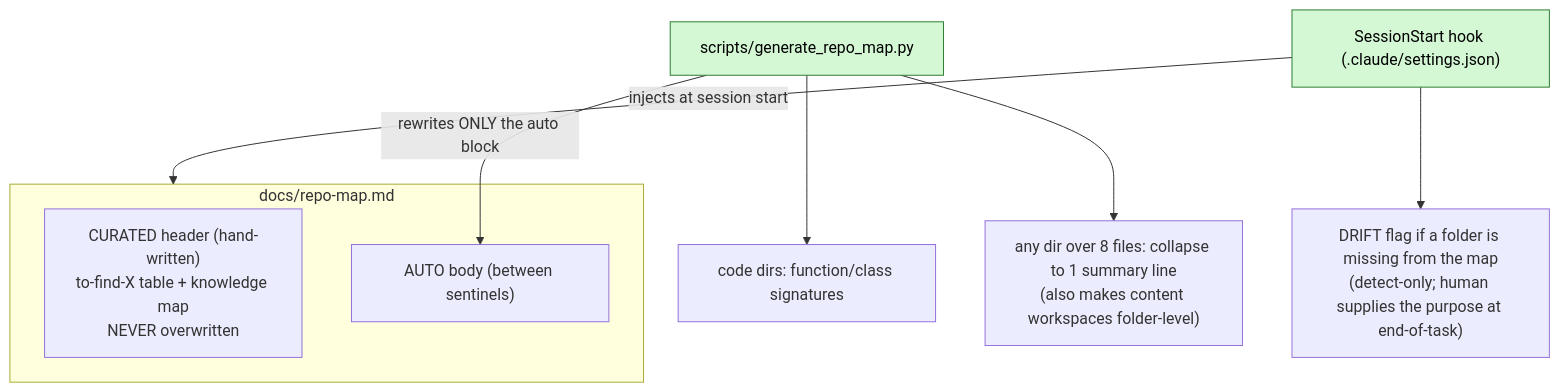
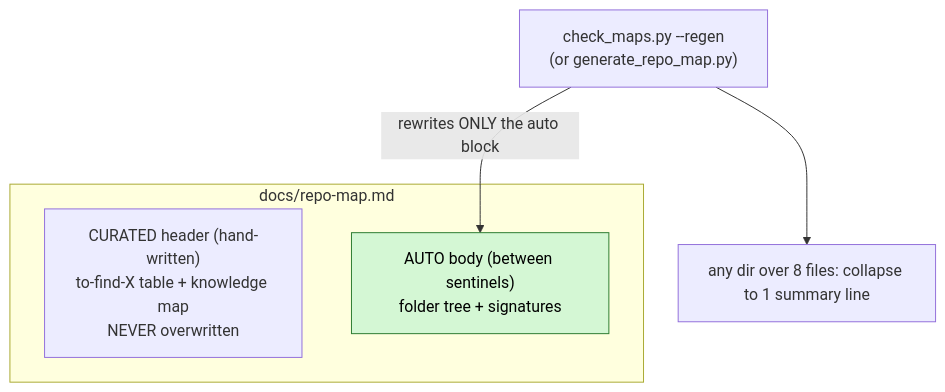
The sixth of 6 diagrams in _my_resources/diagrams_guides/system/file_folder_structure+maintaining.md (sudomadhatter/Sudo_Hatter_Command), drawn with Mermaid before and after one commit. The commit also changed other lines of this file, not shown here.

````diff
--- a/_my_resources/diagrams_guides/system/file_folder_structure+maintaining.md
+++ b/_my_resources/diagrams_guides/system/file_folder_structure+maintaining.md
@@ -121,18 +179,13 @@
 ```mermaid
 flowchart TD
-    GEN["scripts/generate_repo_map.py"]
+    GEN["check_maps.py --regen\n(or generate_repo_map.py)"]
     subgraph MAP ["docs/repo-map.md"]
         CUR["CURATED header (hand-written)\nto-find-X table + knowledge map\nNEVER overwritten"]
-        AUTO["AUTO body (between sentinels)"]
+        AUTO["AUTO body (between sentinels)\nfolder tree + signatures"]
     end
     GEN -->|"rewrites ONLY the auto block"| AUTO
-    GEN --> SIG["code dirs: function/class signatures"]
-    GEN --> COL["any dir over 8 files: collapse to 1 summary line\n(also makes content workspaces folder-level)"]
+    GEN --> COL["any dir over 8 files: collapse to 1 summary line"]
 
-    HOOK["SessionStart hook (.claude/settings.json)"]
-    HOOK -->|"injects at session start"| MAP
-    HOOK --> DRIFT["DRIFT flag if a folder is missing from the map\n(detect-only; human supplies the purpose at end-of-task)"]
-
-    classDef new fill:#d4f7d4,stroke:#2e7d32,color:#000
-    class GEN,HOOK new
+    classDef auto fill:#d4f7d4,stroke:#2e7d32,color:#000
+    class AUTO auto
 ```
````
